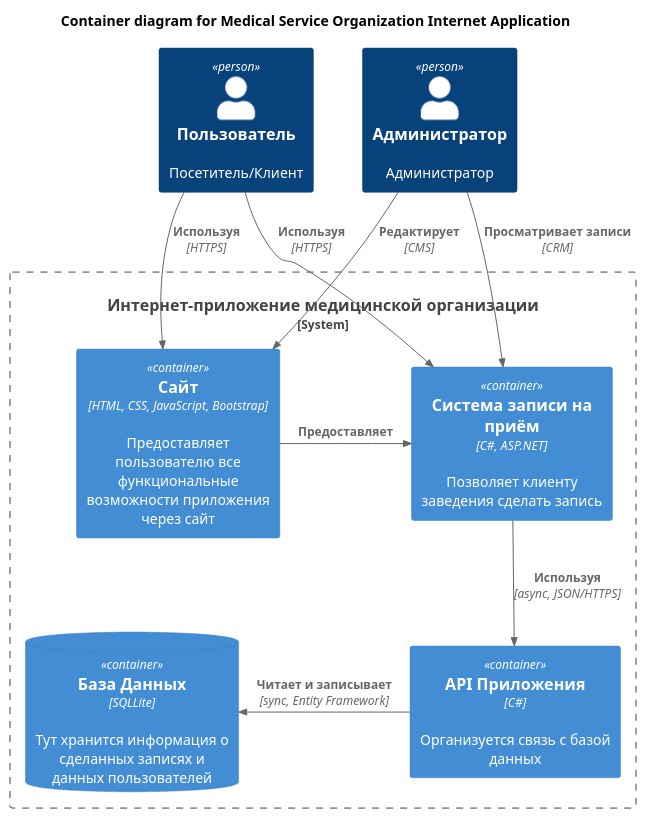
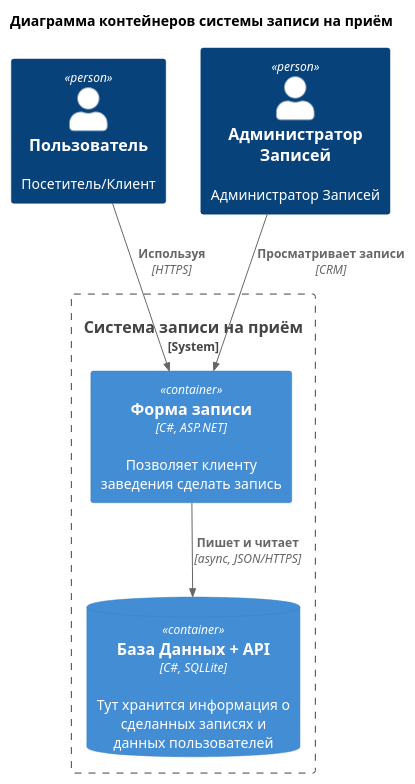
The diagram in docs/UML/ContainerDiagram.puml (Vovkarik/RKB), drawn with PlantUML before and after one commit. The commit also changed 3 other files, not shown here.

Commit message:
Changed diagrams and added use case diagram

```diff
--- a/docs/UML/ContainerDiagram.puml
+++ b/docs/UML/ContainerDiagram.puml
@@ -1,27 +1,20 @@
 @startuml
 !includeurl https://raw.githubusercontent.com/RicardoNiepel/C4-PlantUML/master/C4_Container.puml
 ' uncomment the following line and comment the first to use locally
 ' !include C4_Container.puml
 
-title Container diagram for Medical Service Organization Internet Application
+title Диаграмма контейнеров системы записи на приём
 
 Person(customer, Пользователь, "Посетитель/Клиент")
-Person(admin, Администратор, "Администратор")
+Person(appointment_admin, Администратор Записей, "Администратор Записей")
 
-System_Boundary(c1, "Интернет-приложение медицинской организации") {
-    Container(appointment_sys, "Система записи на приём", "C#, ASP.NET", "Позволяет клиенту заведения сделать запись")
-    Container(site, "Сайт", "HTML, CSS, JavaScript, Bootstrap", "Предоставляет пользователю все функциональные возможности приложения через сайт")
-    ContainerDb(database, "База Данных", "SQLLite", "Тут хранится информация о сделанных записях и данных пользователей")
-    Container(backend_api, "API Приложения", "C#", "Организуется связь с базой данных")
+System_Boundary(c1, "Система записи на приём") {
+    Container(appointment_sys, "Форма записи", "C#, ASP.NET", "Позволяет клиенту заведения сделать запись")
+    ContainerDb(database, "База Данных + API", "C#, SQLLite", "Тут хранится информация о сделанных записях и данных пользователей")
 }
 
 Rel(customer, appointment_sys, "Используя", "HTTPS")
-Rel(customer, site, "Используя", "HTTPS")
-Rel(admin, site, "Редактирует", "CMS")
-Rel(admin, appointment_sys, "Просматривает записи", "CRM")
-
-Rel_Neighbor(site, appointment_sys, "Предоставляет")
-Rel(appointment_sys, backend_api, "Используя", "async, JSON/HTTPS")
-Rel_Back_Neighbor(database, backend_api, "Читает и записывает", "sync, Entity Framework")
+Rel(appointment_admin, appointment_sys, "Просматривает записи", "CRM")
+Rel(appointment_sys, database, "Пишет и читает", "async, JSON/HTTPS")
 
 @enduml
```
